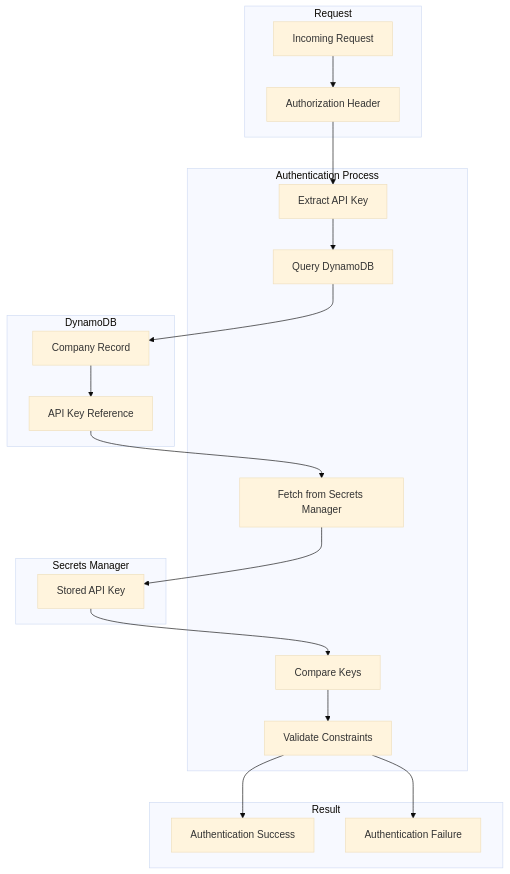
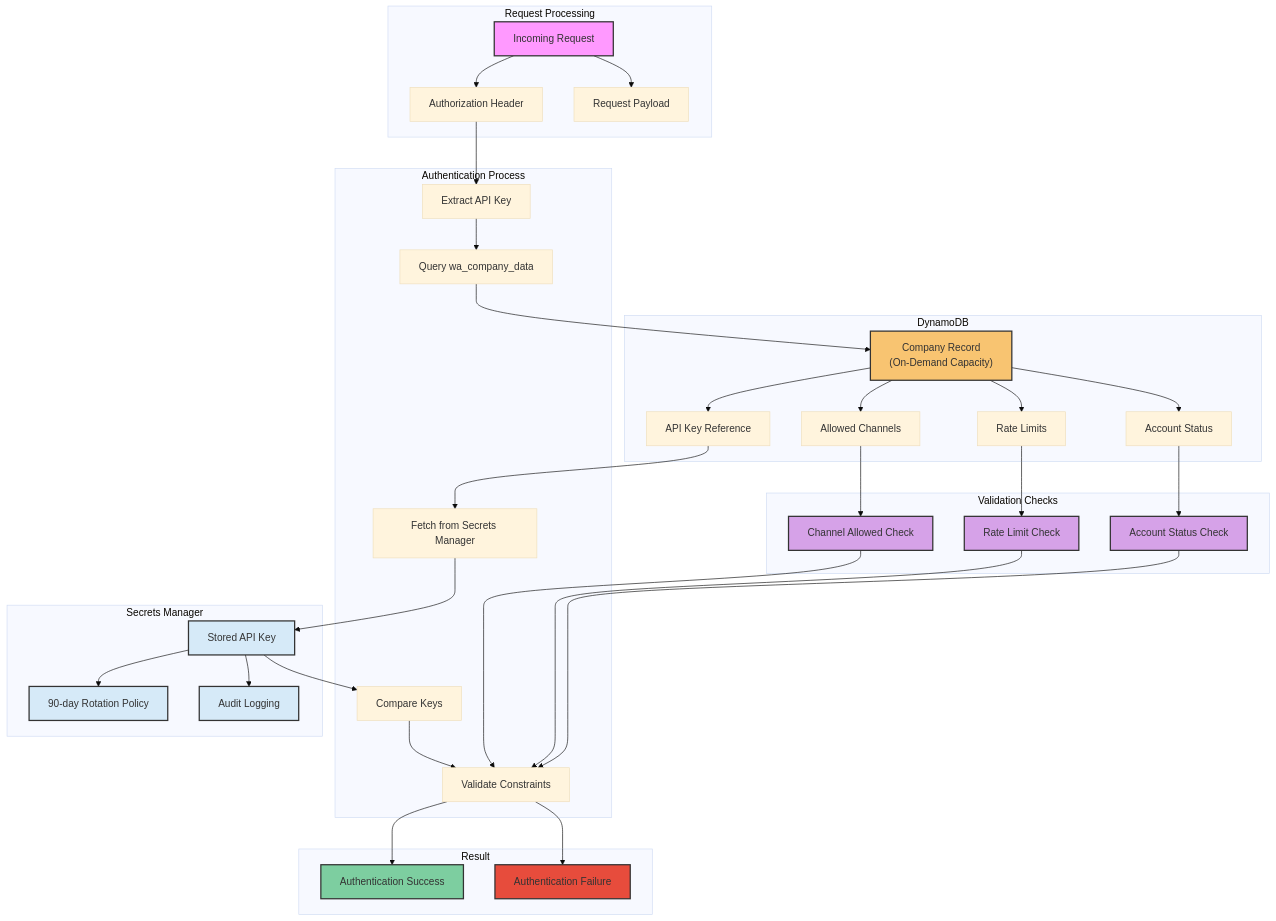
One commit to junksamiad/template-sender-engine changed the fourth of 7 diagrams in lld/channel-router/channel-router-diagrams-v1.0.md. Above: the diagram before and after it, drawn with Mermaid (base theme). The commit also changed other lines of this file, not shown here.

Commit message:
Updated channel-router-diagrams-v1.0.md to align with channel router documentation

````diff
--- a/lld/channel-router/channel-router-diagrams-v1.0.md
+++ b/lld/channel-router/channel-router-diagrams-v1.0.md
@@ -165,43 +203,82 @@
 ```mermaid
 flowchart TD
-    subgraph "Request"
+    subgraph "Request Processing"
         REQ["Incoming Request"]
         HEADER["Authorization Header"]
+        PAYLOAD["Request Payload"]
     end
     
     subgraph "Authentication Process"
         EXTRACT["Extract API Key"]
-        QUERY["Query DynamoDB"]
+        QUERY["Query wa_company_data"]
         FETCH["Fetch from Secrets Manager"]
         COMPARE["Compare Keys"]
         VALIDATE["Validate Constraints"]
     end
     
     subgraph "DynamoDB"
-        COMPANY["Company Record"]
+        COMPANY["Company Record<br/>(On-Demand Capacity)"]
         KEY_REF["API Key Reference"]
+        CHANNELS["Allowed Channels"]
+        RATE["Rate Limits"]
+        STATUS["Account Status"]
     end
     
     subgraph "Secrets Manager"
         SECRET["Stored API Key"]
+        ROTATION["90-day Rotation Policy"]
+        AUDIT["Audit Logging"]
+    end
+    
+    subgraph "Validation Checks"
+        CHANNEL_CHECK["Channel Allowed Check"]
+        RATE_CHECK["Rate Limit Check"]
+        STATUS_CHECK["Account Status Check"]
     end
     
     subgraph "Result"
         SUCCESS["Authentication Success"]
         FAILURE["Authentication Failure"]
     end
     
     REQ --> HEADER
+    REQ --> PAYLOAD
     HEADER --> EXTRACT
     
     EXTRACT --> QUERY
     QUERY --> COMPANY
     COMPANY --> KEY_REF
+    COMPANY --> CHANNELS
+    COMPANY --> RATE
+    COMPANY --> STATUS
+    
     KEY_REF --> FETCH
     FETCH --> SECRET
     SECRET --> COMPARE
+    
+    CHANNELS --> CHANNEL_CHECK
+    RATE --> RATE_CHECK
+    STATUS --> STATUS_CHECK
+    
     COMPARE --> VALIDATE
+    CHANNEL_CHECK --> VALIDATE
+    RATE_CHECK --> VALIDATE
+    STATUS_CHECK --> VALIDATE
     
     VALIDATE --> SUCCESS
     VALIDATE --> FAILURE
+    
+    SECRET --> ROTATION
+    SECRET --> AUDIT
+    
+    style REQ fill:#f9f,stroke:#333,stroke-width:2px
+    style COMPANY fill:#F8C471,stroke:#333,stroke-width:2px
+    style SECRET fill:#D6EAF8,stroke:#333,stroke-width:2px
+    style ROTATION fill:#D6EAF8,stroke:#333,stroke-width:2px
+    style AUDIT fill:#D6EAF8,stroke:#333,stroke-width:2px
+    style SUCCESS fill:#7DCEA0,stroke:#333,stroke-width:2px
+    style FAILURE fill:#E74C3C,stroke:#333,stroke-width:2px
+    style CHANNEL_CHECK fill:#D6A2E8,stroke:#333,stroke-width:2px
+    style RATE_CHECK fill:#D6A2E8,stroke:#333,stroke-width:2px 
+    style STATUS_CHECK fill:#D6A2E8,stroke:#333,stroke-width:2px
 ```
````
